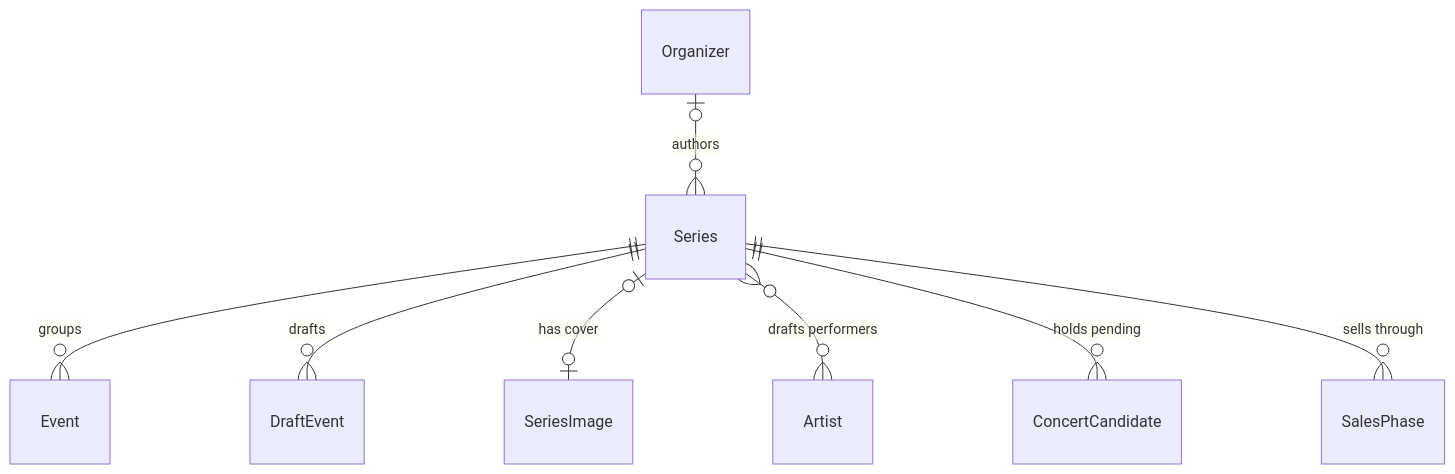
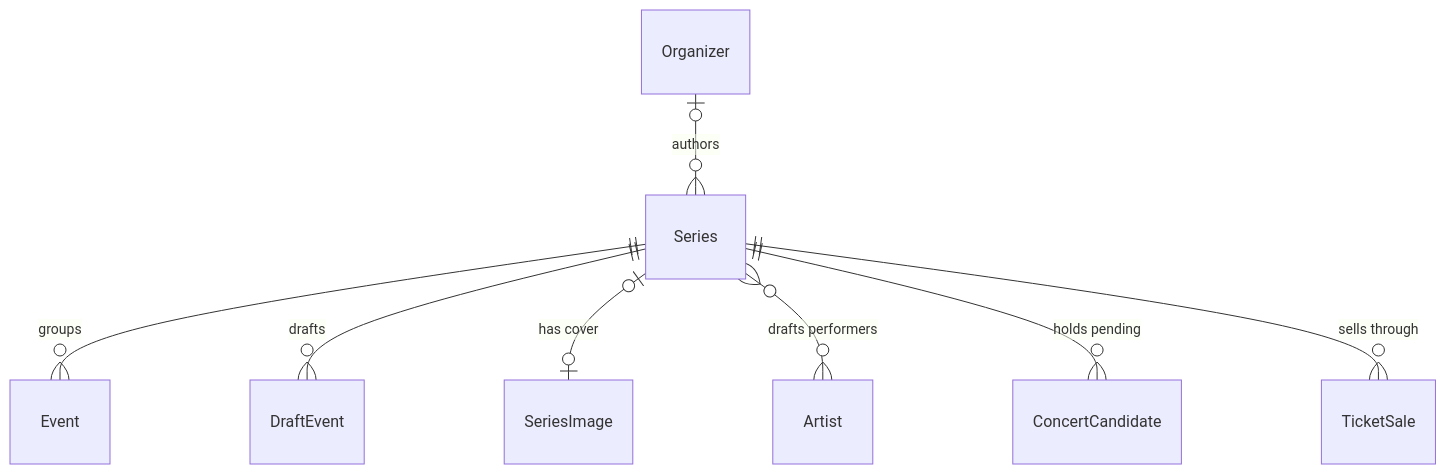
The first of 2 diagrams in openspec/specs/components/entity/series/spec.md (liverty-music/specification), drawn with Mermaid before and after one commit. The commit also changed 7 other files, not shown here.

````diff
--- a/openspec/specs/components/entity/series/spec.md
+++ b/openspec/specs/components/entity/series/spec.md
@@ -22,10 +22,10 @@
 ```mermaid
 erDiagram
   Series ||--o{ Event : "groups"
   Series ||--o{ DraftEvent : "drafts"
   Organizer |o--o{ Series : "authors"
   Series |o--o| SeriesImage : "has cover"
   Series }o--o{ Artist : "drafts performers"
   Series ||--o{ ConcertCandidate : "holds pending"
-  Series ||--o{ SalesPhase : "sells through"
+  Series ||--o{ TicketSale : "sells through"
 ```
````
